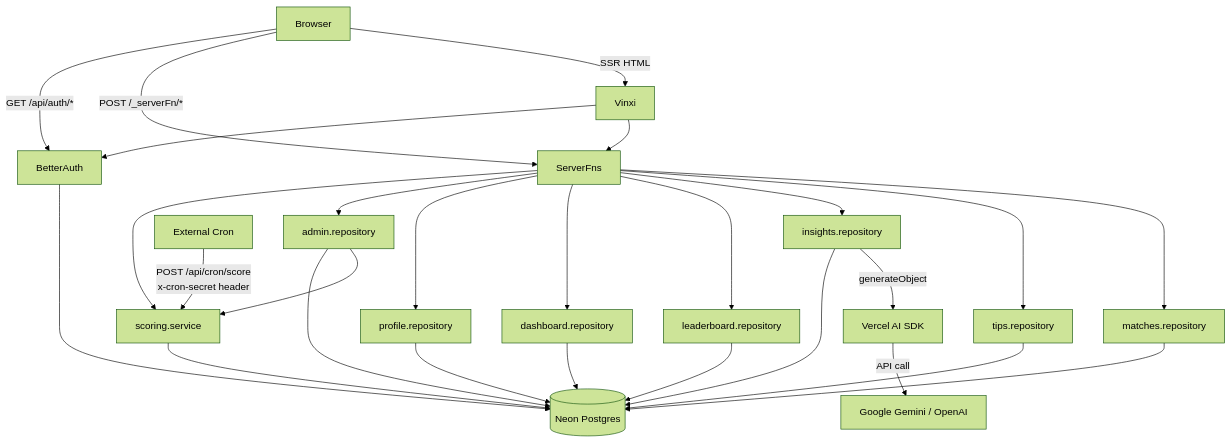
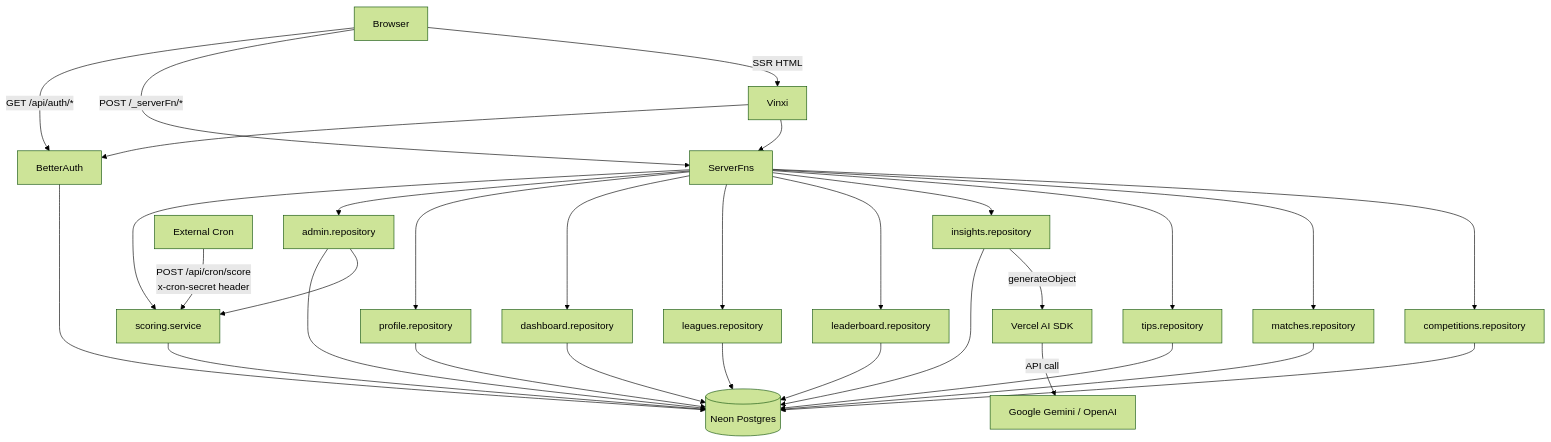
Before and after one commit to fabianmagrini/kickoff: the diagram in docs/architecture.md, drawn with Mermaid (forest theme). The commit also changed other lines of this file, not shown here.

First line of the commit message:
Update architecture.md for multi-competition refactor

````diff
--- a/docs/architecture.md
+++ b/docs/architecture.md
@@ -483,34 +504,38 @@
 ```mermaid
 graph TD
     Browser -->|SSR HTML| Vinxi
     Browser -->|POST /_serverFn/*| ServerFns
     Browser -->|GET /api/auth/*| BetterAuth
 
     Vinxi --> ServerFns
     Vinxi --> BetterAuth
 
+    ServerFns --> competitionsRepo[competitions.repository]
     ServerFns --> matchesRepo[matches.repository]
     ServerFns --> tipsRepo[tips.repository]
     ServerFns --> insightsRepo[insights.repository]
     ServerFns --> leaderboardRepo[leaderboard.repository]
+    ServerFns --> leaguesRepo[leagues.repository]
     ServerFns --> dashboardRepo[dashboard.repository]
     ServerFns --> profileRepo[profile.repository]
     ServerFns --> adminRepo[admin.repository]
     ServerFns --> scoringService[scoring.service]
 
     adminRepo --> scoringService
     insightsRepo -->|generateObject| VercelAI[Vercel AI SDK]
     VercelAI -->|API call| LLM[Google Gemini / OpenAI]
 
-    matchesRepo --> DB[(Neon Postgres)]
+    competitionsRepo --> DB[(Neon Postgres)]
+    matchesRepo --> DB
     tipsRepo --> DB
     insightsRepo --> DB
     leaderboardRepo --> DB
+    leaguesRepo --> DB
     dashboardRepo --> DB
     profileRepo --> DB
     adminRepo --> DB
     scoringService --> DB
     BetterAuth --> DB
 
     CronJob[External Cron] -->|POST /api/cron/score\nx-cron-secret header| scoringService
 ```
````
